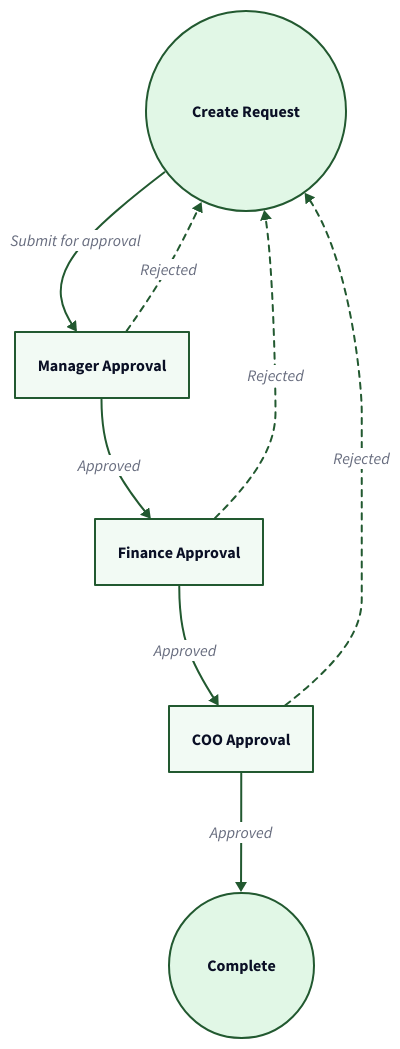
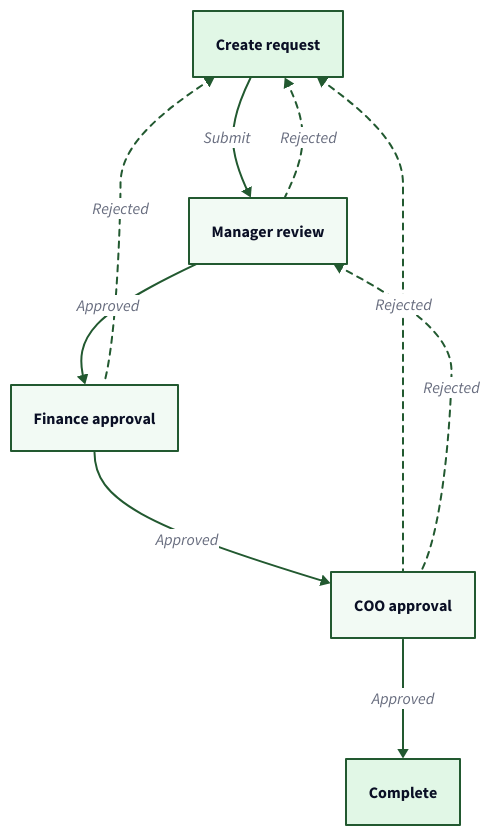
The first of 3 diagrams in src/content/docs/pro/documenting/templates/automations/examples/multi-level-approval-loops.mdx (tallyfy/documentation), drawn with D2 before and after one commit. The commit also changed other lines of this file and 12 other files, not shown here.

````diff
--- a/src/content/docs/pro/documenting/templates/automations/examples/multi-level-approval-loops.mdx
+++ b/src/content/docs/pro/documenting/templates/automations/examples/multi-level-approval-loops.mdx
@@ -54,73 +54,63 @@
 ```d2
 # Multi-Level Approval Workflow
 direction: down
 
-# Start
-Create: Create Request {
-  shape: circle
+Create: "Create request" {
   style.fill: "#e1f7e6"
   style.stroke: "#225930"
 }
 
-# Approval Steps
-Manager: Manager Approval {
-  shape: rectangle
+Manager: "Manager review" {
   style.fill: "#f2faf4"
   style.stroke: "#225930"
 }
 
-Finance: Finance Approval {
-  shape: rectangle
+Finance: "Finance approval" {
   style.fill: "#f2faf4"
   style.stroke: "#225930"
 }
 
-COO: COO Approval {
-  shape: rectangle
+COO: "COO approval" {
   style.fill: "#f2faf4"
   style.stroke: "#225930"
 }
 
-# End
-Complete: Complete {
-  shape: circle
+Complete: "Complete" {
   style.fill: "#e1f7e6"
+  style.stroke: "#225930"
+}
+
+Create -> Manager: "Submit" {
+  style.stroke: "#225930"
+}
+Manager -> Finance: "Approved" {
+  style.stroke: "#225930"
+  style.stroke-width: 2
+}
+Finance -> COO: "Approved" {
+  style.stroke: "#225930"
+  style.stroke-width: 2
+}
+COO -> Complete: "Approved" {
   style.stroke: "#225930"
   style.stroke-width: 2
 }
 
-# Main Flow
-Create -> Manager: Submit for approval {
-  style.stroke: "#225930"
-}
-
-# Manager decisions
-Manager -> Finance: Approved {
-  style.stroke: "#225930"
-  style.stroke-width: 2
-}
-Manager -> Create: Rejected {
+# Rejections point back up. Written as <- so the layout keeps the request at the top.
+Create <- Manager: "Rejected" {
   style.stroke: "#225930"
   style.stroke-dash: 3
 }
-
-# Finance decisions
-Finance -> COO: Approved {
-  style.stroke: "#225930"
-  style.stroke-width: 2
-}
-Finance -> Create: Rejected {
+Create <- Finance: "Rejected" {
   style.stroke: "#225930"
   style.stroke-dash: 3
 }
-
-# COO decisions
-COO -> Complete: Approved {
+Create <- COO: "Rejected" {
   style.stroke: "#225930"
-  style.stroke-width: 2
+  style.stroke-dash: 3
 }
-COO -> Create: Rejected {
+Manager <- COO: "Rejected" {
   style.stroke: "#225930"
   style.stroke-dash: 3
 }
 ```
````
